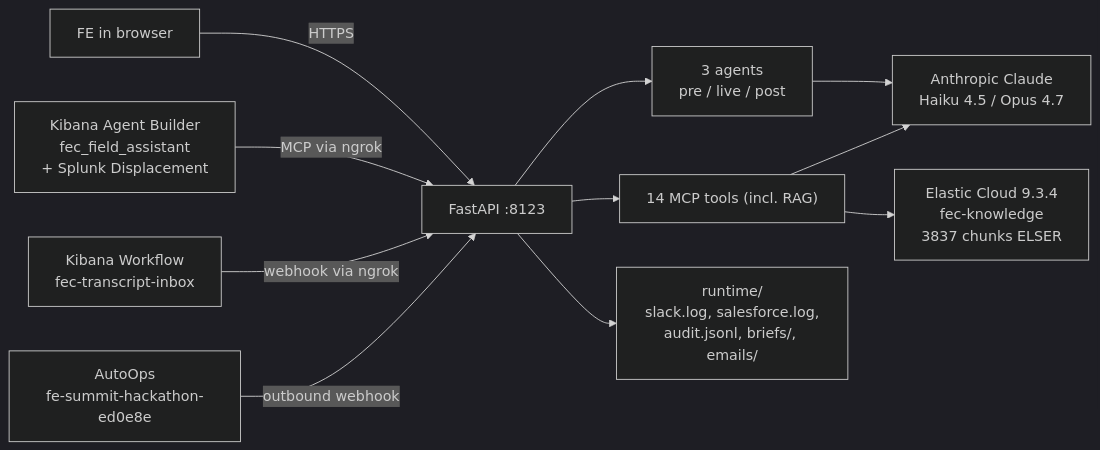
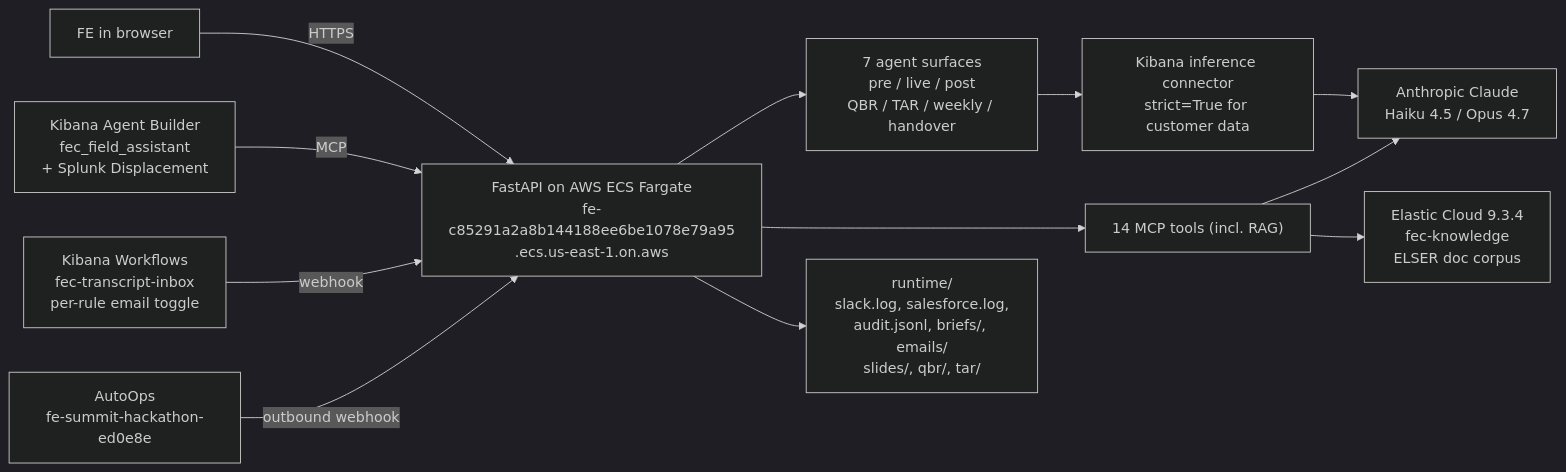
The second of 2 diagrams in README.md (rodrigo-elastic/FE-Elastic), drawn with Mermaid (dark theme) before and after one commit. The commit also changed other lines of this file and 2 other files, not shown here.

First line of the commit message:
docs: README + CHANGELOG audit; bump autopilot to 50s

````diff
--- a/README.md
+++ b/README.md
@@ -170,13 +187,14 @@
 ```mermaid
 flowchart LR
-    User["FE in browser"] -->|HTTPS| API["FastAPI :8123"]
-    API --> Agents["3 agents<br/>pre / live / post"]
+    User["FE in browser"] -->|HTTPS| API["FastAPI on AWS ECS Fargate<br/>fe-c85291a2a8b144188ee6be1078e79a95<br/>.ecs.us-east-1.on.aws"]
+    API --> Agents["7 agent surfaces<br/>pre / live / post<br/>QBR / TAR / weekly / handover"]
     API --> Tools["14 MCP tools (incl. RAG)"]
-    Agents --> Anthropic["Anthropic Claude<br/>Haiku 4.5 / Opus 4.7"]
-    Tools --> Anthropic
-    Tools --> ES["Elastic Cloud 9.3.4<br/>fec-knowledge<br/>3837 chunks ELSER"]
-    Kibana["Kibana Agent Builder<br/>fec_field_assistant<br/>+ Splunk Displacement"] -->|MCP via ngrok| API
-    Wf["Kibana Workflow<br/>fec-transcript-inbox"] -->|webhook via ngrok| API
+    Agents --> Inf["Kibana inference connector<br/>strict=True for customer data"]
+    Tools --> Anthropic["Anthropic Claude<br/>Haiku 4.5 / Opus 4.7"]
+    Inf --> Anthropic
+    Tools --> ES["Elastic Cloud 9.3.4<br/>fec-knowledge<br/>ELSER doc corpus"]
+    Kibana["Kibana Agent Builder<br/>fec_field_assistant<br/>+ Splunk Displacement"] -->|MCP| API
+    Wf["Kibana Workflows<br/>fec-transcript-inbox<br/>per-rule email toggle"] -->|webhook| API
     AutoOps["AutoOps<br/>fe-summit-hackathon-ed0e8e"] -->|outbound webhook| API
-    API --> Runtime["runtime/<br/>slack.log, salesforce.log,<br/>audit.jsonl, briefs/, emails/"]
+    API --> Runtime["runtime/<br/>slack.log, salesforce.log,<br/>audit.jsonl, briefs/, emails/<br/>slides/, qbr/, tar/"]
 ```
````
